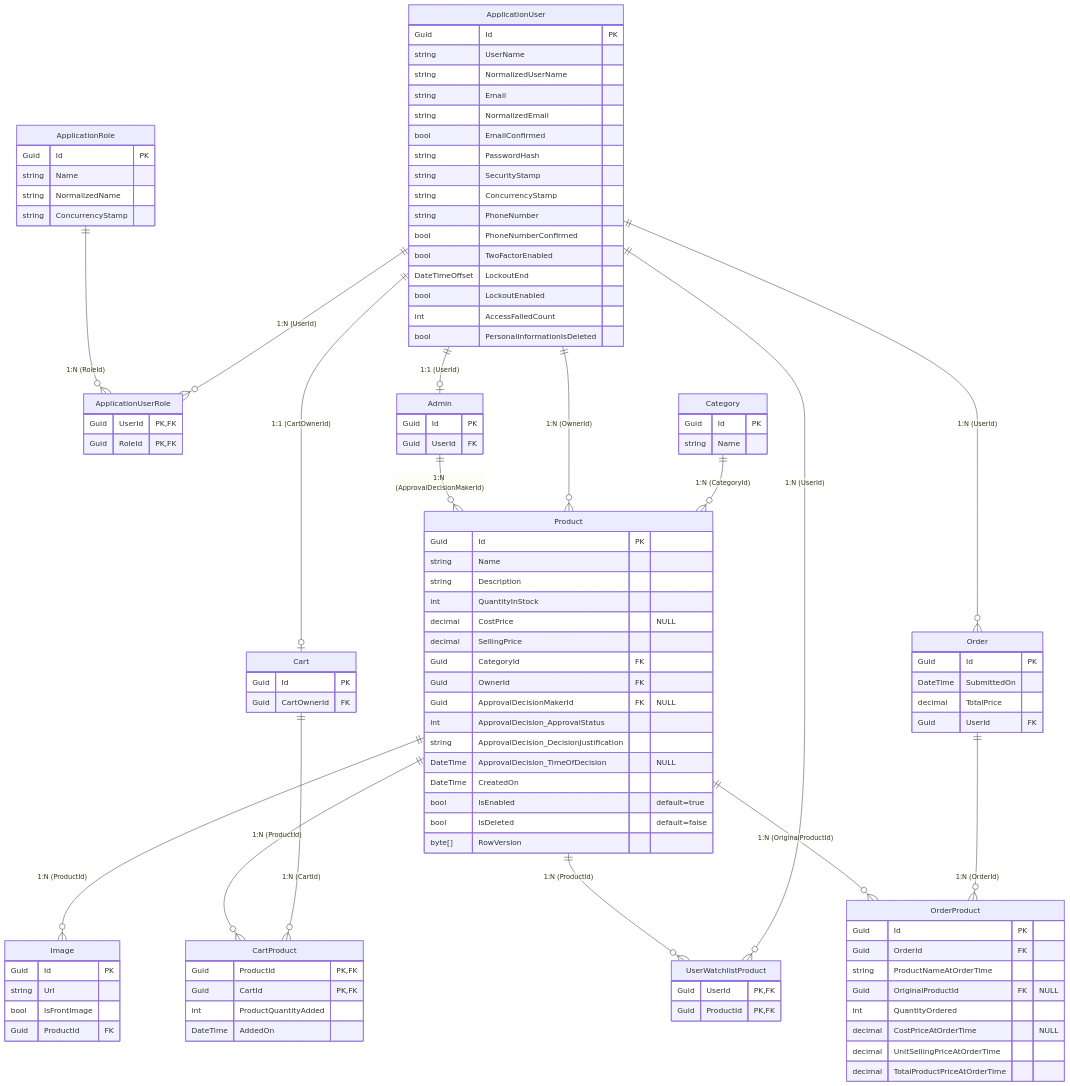
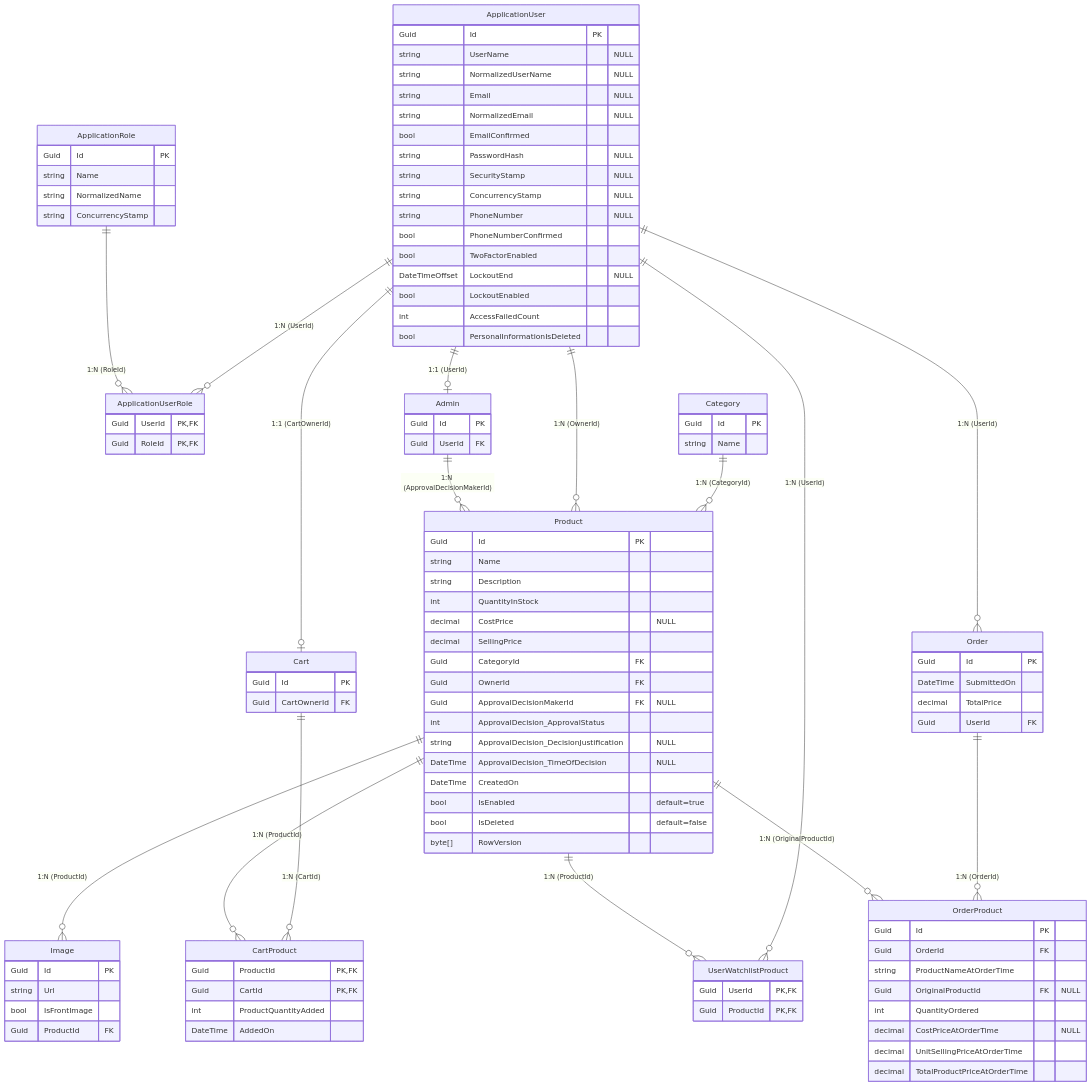
The diagram in docs/ERD.md (AchoDanailov/TradeNest), drawn with Mermaid before and after one commit.

Commit message:
Add nullable where it was forgoten before

```diff
--- a/docs/ERD.md
+++ b/docs/ERD.md
@@ -4,18 +4,18 @@
 erDiagram
     ApplicationUser {
         Guid Id PK
-        string UserName
-        string NormalizedUserName
-        string Email
-        string NormalizedEmail
+        string UserName "NULL"
+        string NormalizedUserName "NULL"
+        string Email "NULL"
+        string NormalizedEmail "NULL"
         bool EmailConfirmed
-        string PasswordHash
-        string SecurityStamp
-        string ConcurrencyStamp
-        string PhoneNumber
+        string PasswordHash "NULL"
+        string SecurityStamp "NULL"
+        string ConcurrencyStamp "NULL"
+        string PhoneNumber "NULL"
         bool PhoneNumberConfirmed
         bool TwoFactorEnabled
-        DateTimeOffset LockoutEnd
+        DateTimeOffset LockoutEnd "NULL"
         bool LockoutEnabled
         int AccessFailedCount
         bool PersonalInformationIsDeleted
@@ -53,7 +53,7 @@
         Guid OwnerId FK
         Guid ApprovalDecisionMakerId FK "NULL"
         int ApprovalDecision_ApprovalStatus
-        string ApprovalDecision_DecisionJustification
+        string ApprovalDecision_DecisionJustification "NULL"
         DateTime ApprovalDecision_TimeOfDecision "NULL"
         DateTime CreatedOn
         bool IsEnabled "default=true"
```
